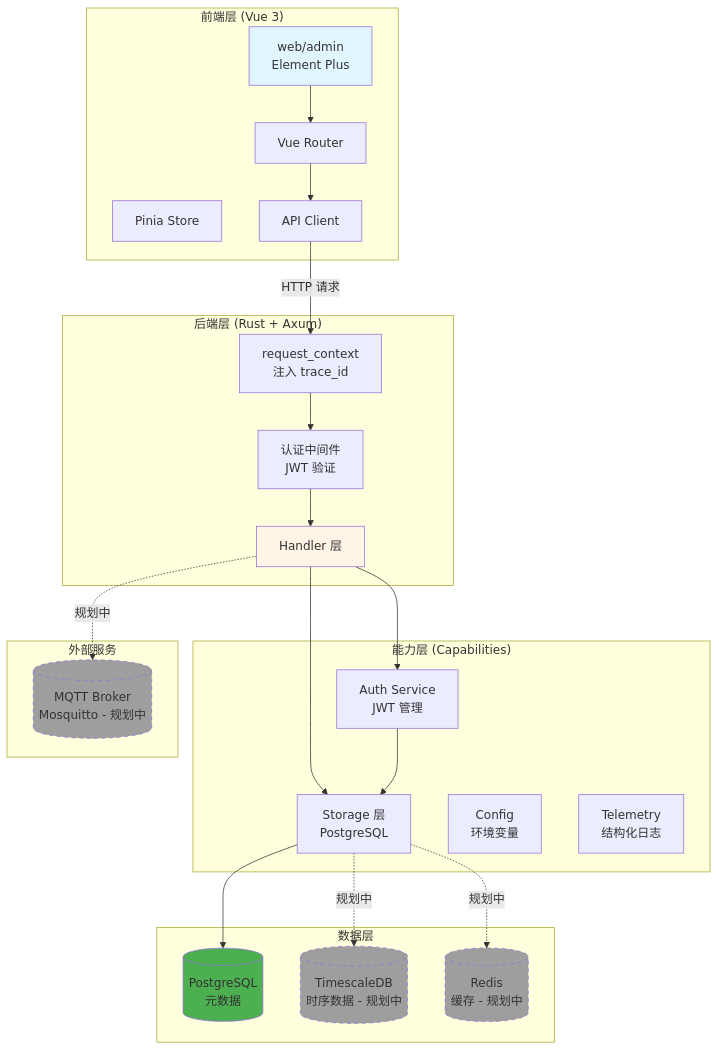
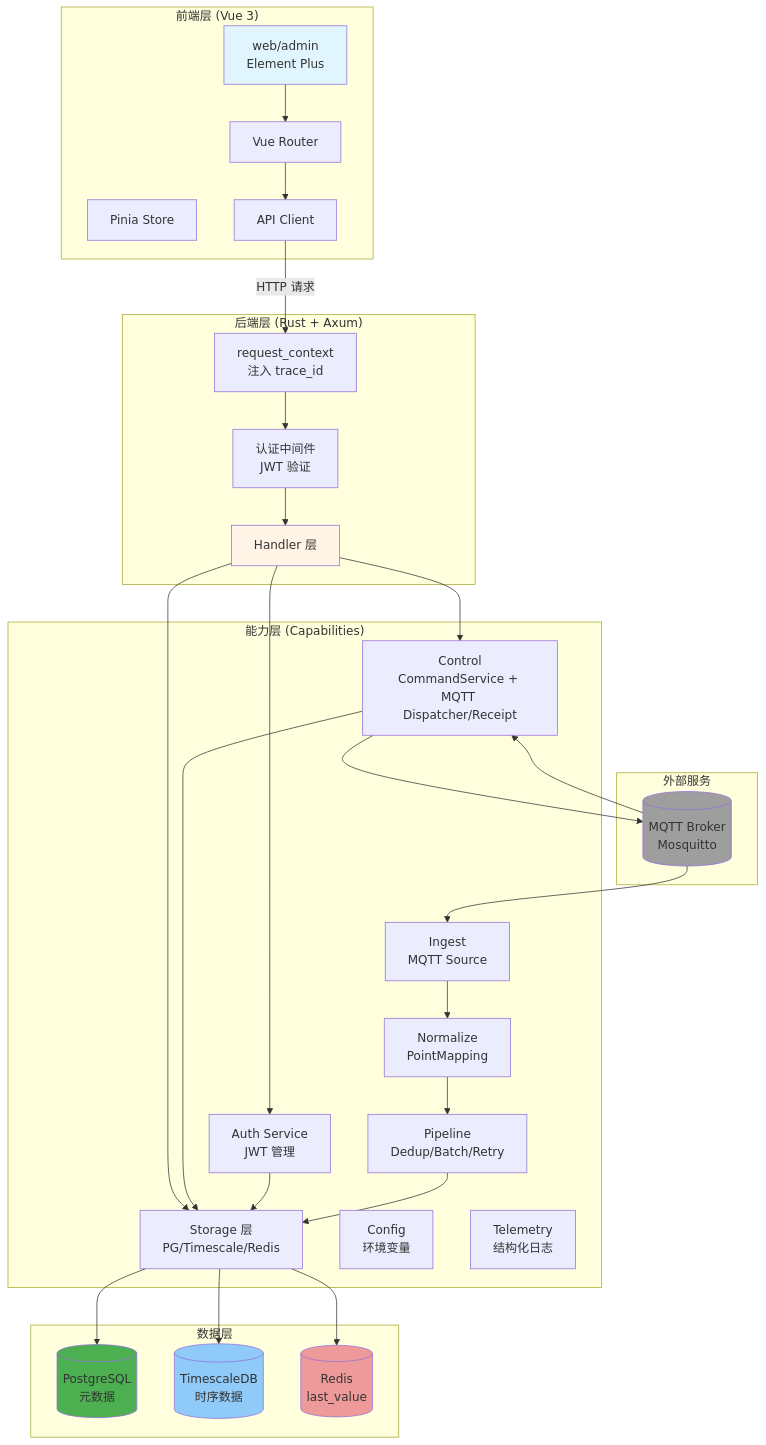
One commit to zw834675966/ems changed the first of 15 diagrams in PROJECT_FLOW_DIAGRAMS.md. Above: the diagram before and after it, drawn with Mermaid. The commit also changed other lines of this file and 129 other files, not shown here.

````diff
--- a/PROJECT_FLOW_DIAGRAMS.md
+++ b/PROJECT_FLOW_DIAGRAMS.md
@@ -16,53 +16,65 @@
 ```mermaid
 graph TB
     subgraph "前端层 (Vue 3)"
         FE[web/admin<br/>Element Plus]
         Router[Vue Router]
         Store[Pinia Store]
         API[API Client]
     end
 
     subgraph "后端层 (Rust + Axum)"
         MW1[request_context<br/>注入 trace_id]
         MW2[认证中间件<br/>JWT 验证]
         Handler[Handler 层]
     end
 
     subgraph "能力层 (Capabilities)"
         Auth[Auth Service<br/>JWT 管理]
-        Storage[Storage 层<br/>PostgreSQL]
+        Storage[Storage 层<br/>PG/Timescale/Redis]
         Config[Config<br/>环境变量]
         Telemetry[Telemetry<br/>结构化日志]
+        Ingest[Ingest<br/>MQTT Source]
+        Normalize[Normalize<br/>PointMapping]
+        Pipeline[Pipeline<br/>Dedup/Batch/Retry]
+        Control[Control<br/>CommandService + MQTT Dispatcher/Receipt]
     end
 
     subgraph "数据层"
         PG[(PostgreSQL<br/>元数据)]
-        TS[(TimescaleDB<br/>时序数据 - 规划中)]
-        REDIS[(Redis<br/>缓存 - 规划中)]
+        TS[(TimescaleDB<br/>时序数据)]
+        REDIS[(Redis<br/>last_value)]
     end
 
     subgraph "外部服务"
-        MQTT[(MQTT Broker<br/>Mosquitto - 规划中)]
+        MQTT[(MQTT Broker<br/>Mosquitto)]
     end
 
     FE --> Router
     Router --> API
     API -->|HTTP 请求| MW1
     MW1 --> MW2
     MW2 --> Handler
     Handler --> Auth
     Handler --> Storage
+    Handler --> Control
+    Control --> MQTT
+    Control --> Storage
     Auth --> Storage
     Storage --> PG
-    Storage -.->|规划中| TS
-    Storage -.->|规划中| REDIS
-    Handler -.->|规划中| MQTT
+    Storage --> TS
+    Storage --> REDIS
+
+    MQTT --> Ingest
+    MQTT --> Control
+    Ingest --> Normalize
+    Normalize --> Pipeline
+    Pipeline --> Storage
 
     style FE fill:#e1f5ff
     style Handler fill:#fff4e6
     style Storage fill:#f0fff4f
     style PG fill:#4caf50
-    style TS fill:#9e9e9e,stroke-dasharray: 5 5
-    style REDIS fill:#9e9e9e,stroke-dasharray: 5 5
-    style MQTT fill:#9e9e9e,stroke-dasharray: 5 5
+    style TS fill:#90caf9
+    style REDIS fill:#ef9a9a
+    style MQTT fill:#9e9e9e
 ```
````
